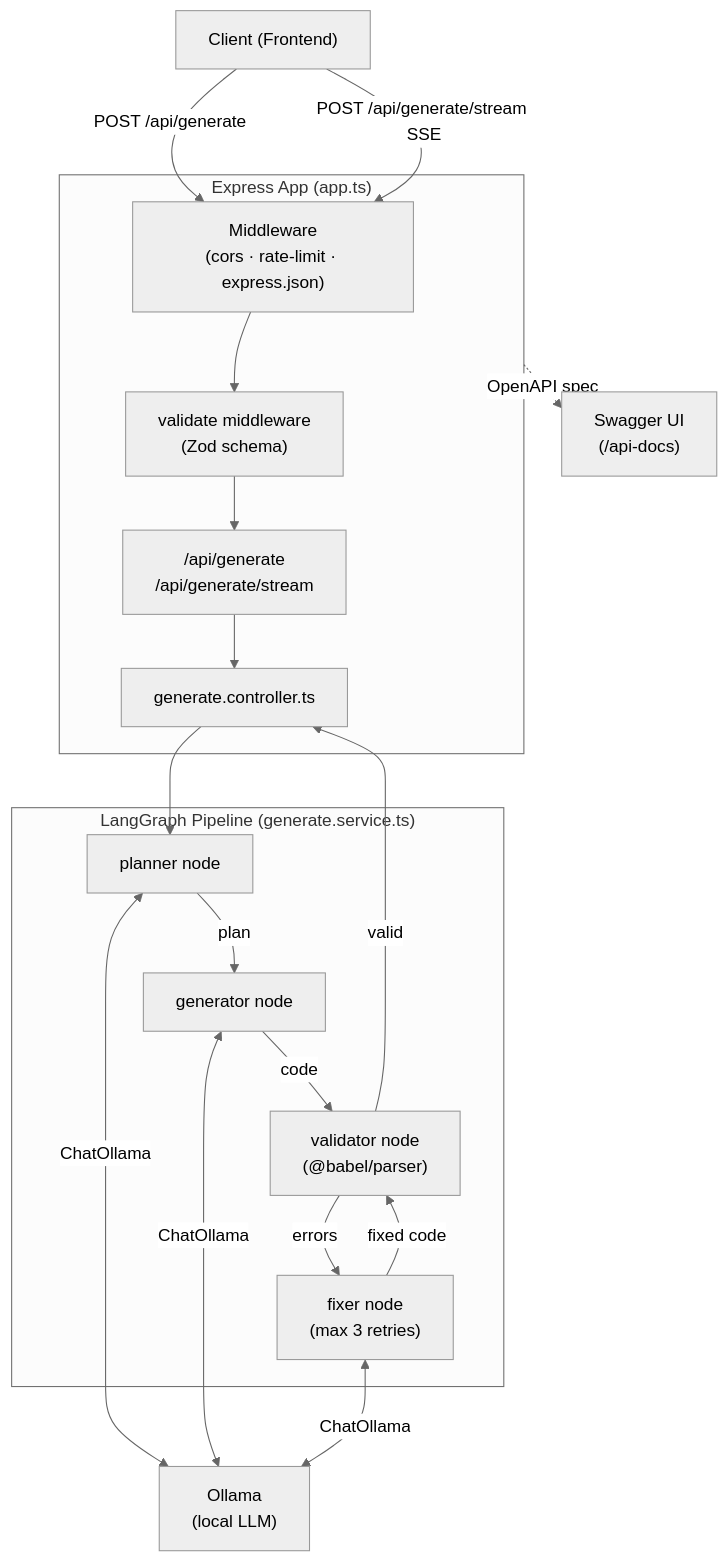
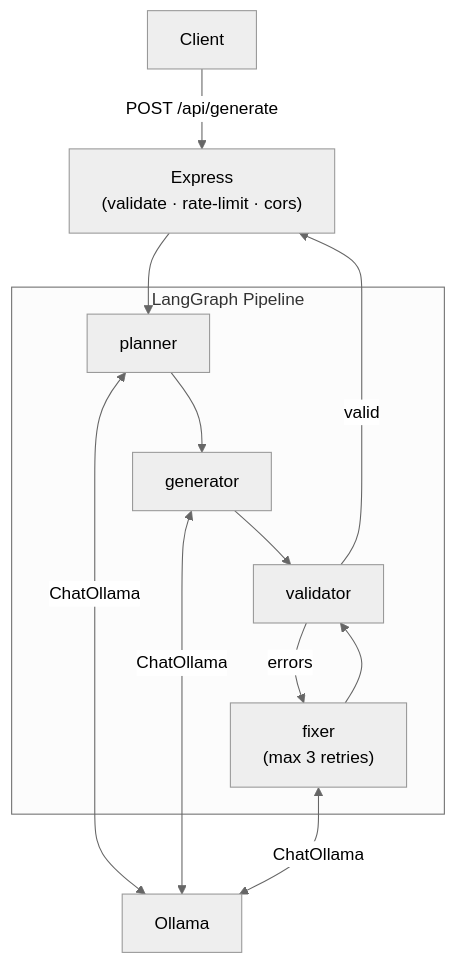
The diagram in backend/README.md (BHO010/ui-generator), drawn with Mermaid (neutral theme) before and after one commit. The commit also changed other lines of this file and 7 other files, not shown here.

````diff
--- a/backend/README.md
+++ b/backend/README.md
@@ -157,39 +151,24 @@
 ```mermaid
 graph TD
-    Client["Client (Frontend)"]
+    Client["Client"]
+    Express["Express\n(validate · rate-limit · cors)"]
 
-    subgraph Express["Express App (app.ts)"]
-        MW["Middleware\n(cors · rate-limit · express.json)"]
-        Routes["/api/generate\n/api/generate/stream"]
-        Controller["generate.controller.ts"]
-        Validation["validate middleware\n(Zod schema)"]
+    subgraph LangGraph["LangGraph Pipeline"]
+        Planner["planner"]
+        Generator["generator"]
+        Validator["validator"]
+        Fixer["fixer\n(max 3 retries)"]
     end
 
-    subgraph LangGraph["LangGraph Pipeline (generate.service.ts)"]
-        Planner["planner node"]
-        Generator["generator node"]
-        Validator["validator node\n(@babel/parser)"]
-        Fixer["fixer node\n(max 3 retries)"]
-    end
+    Ollama["Ollama"]
 
-    Ollama["Ollama\n(local LLM)"]
-    Docs["Swagger UI\n(/api-docs)"]
+    Client -->|POST /api/generate| Express
+    Express --> Planner
+    Planner --> Generator
+    Generator --> Validator
+    Validator -->|valid| Express
+    Validator -->|errors| Fixer
+    Fixer --> Validator
 
-    Client -->|POST /api/generate| MW
-    Client -->|POST /api/generate/stream SSE| MW
-    MW --> Validation
-    Validation --> Routes
-    Routes --> Controller
-    Controller --> Planner
-    Planner -->|plan| Generator
-    Generator -->|code| Validator
-    Validator -->|valid| Controller
-    Validator -->|errors| Fixer
-    Fixer -->|fixed code| Validator
-
-    Planner <-->|ChatOllama| Ollama
-    Generator <-->|ChatOllama| Ollama
-    Fixer <-->|ChatOllama| Ollama
-
-    Express -.->|OpenAPI spec| Docs
+    Planner & Generator & Fixer <-->|ChatOllama| Ollama
 ```
````
